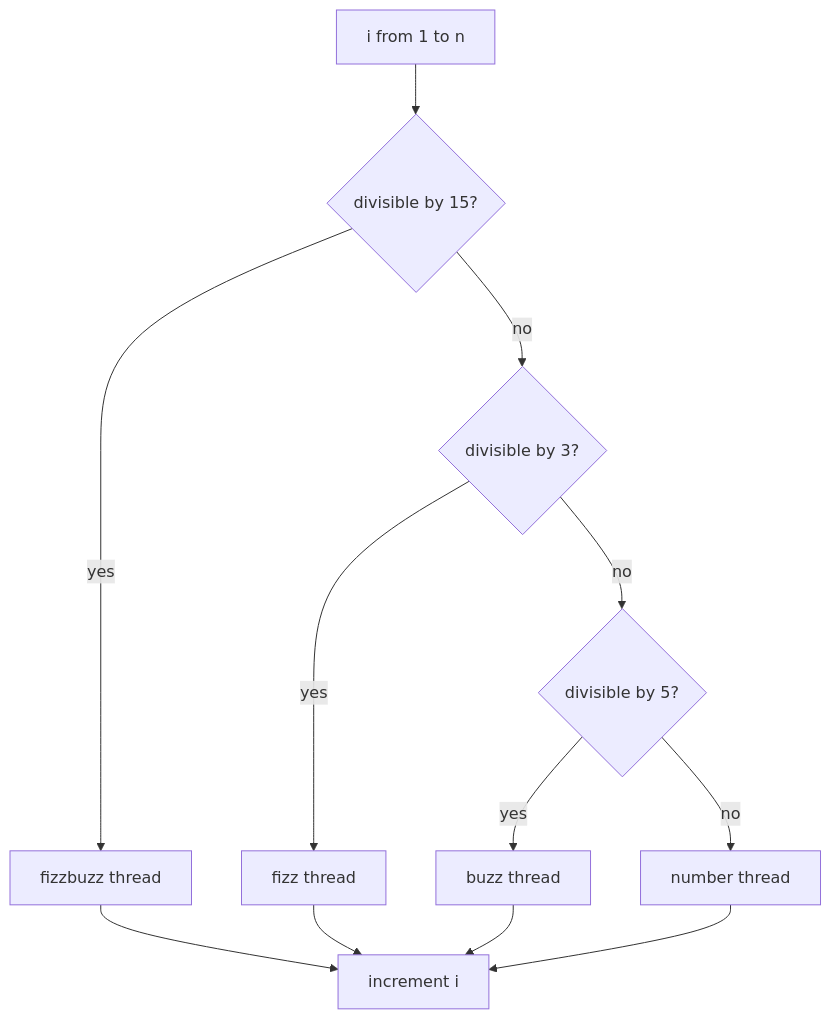
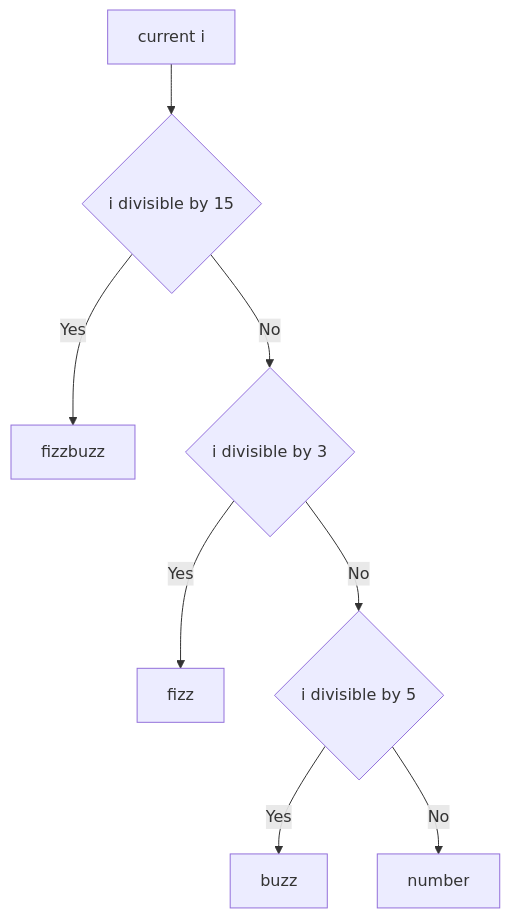
One commit to mthaiseer/springcloud-systemdesign-notes changed the fourth of 29 diagrams in HLD_NOTES/003_TECHNOLOGY_DEEP_DIVE/core-java/java_concurrency_visual_reference.md. Above: the diagram before and after it, drawn with Mermaid. The commit also changed other lines of this file, not shown here.

````diff
--- a/HLD_NOTES/003_TECHNOLOGY_DEEP_DIVE/core-java/java_concurrency_visual_reference.md
+++ b/HLD_NOTES/003_TECHNOLOGY_DEEP_DIVE/core-java/java_concurrency_visual_reference.md
@@ -202,14 +210,10 @@
 ```mermaid
 flowchart TD
-    A[i from 1 to n] --> B{divisible by 15?}
-    B -- yes --> FB[fizzbuzz thread]
-    B -- no --> C{divisible by 3?}
-    C -- yes --> F[fizz thread]
-    C -- no --> D{divisible by 5?}
-    D -- yes --> BU[buzz thread]
-    D -- no --> N[number thread]
-    FB --> NEXT[increment i]
-    F --> NEXT
-    BU --> NEXT
-    N --> NEXT
+    A[current i] --> B{i divisible by 15}
+    B -- Yes --> C[fizzbuzz]
+    B -- No --> D{i divisible by 3}
+    D -- Yes --> E[fizz]
+    D -- No --> F{i divisible by 5}
+    F -- Yes --> G[buzz]
+    F -- No --> H[number]
 ```
````
